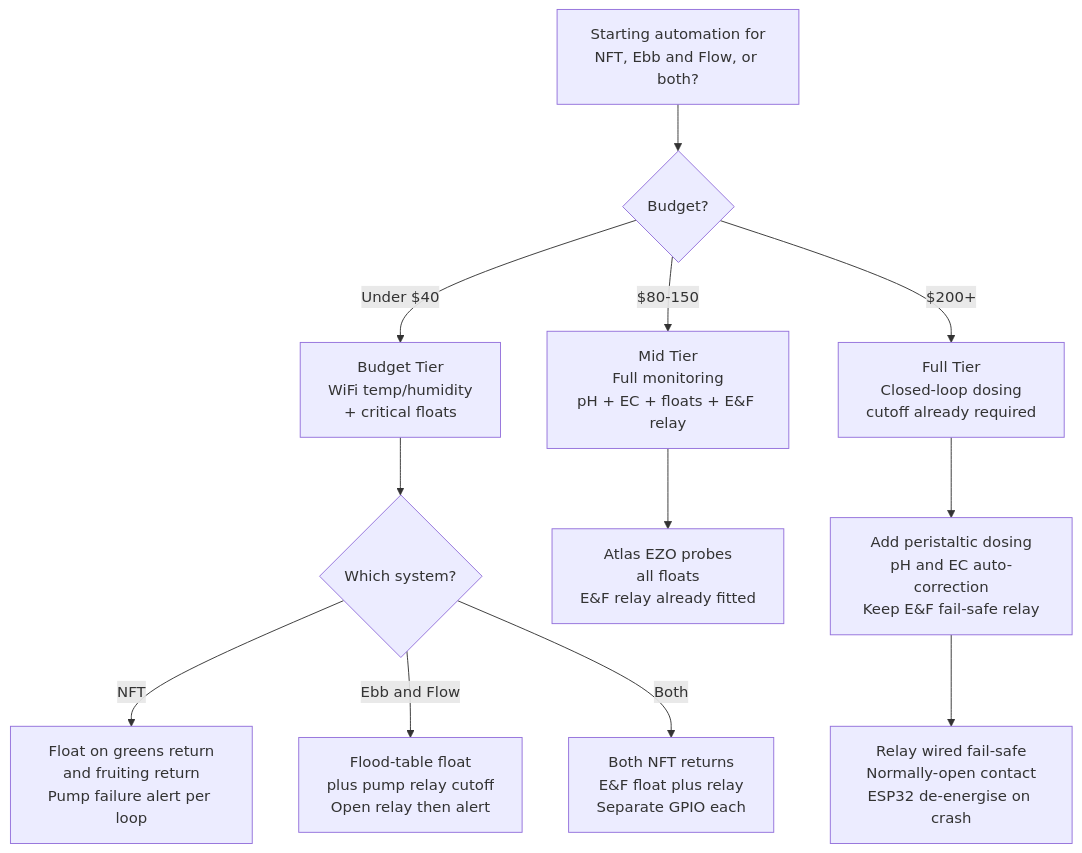
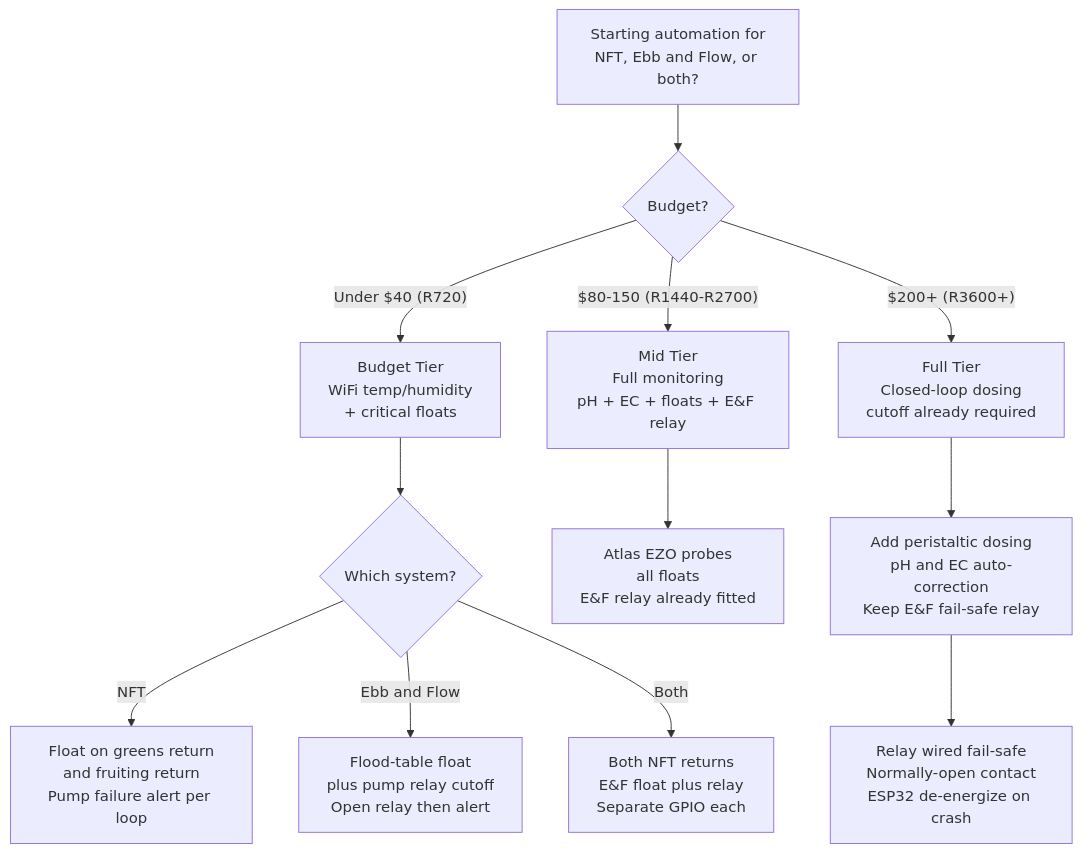
Before and after one commit to UncleJS/guide_hydroponics: the third of 3 diagrams in guide/compare/03-automation.md, drawn with Mermaid. The commit also changed other lines of this file and 35 other files, not shown here.

````diff
--- a/guide/compare/03-automation.md
+++ b/guide/compare/03-automation.md
@@ -540,14 +551,14 @@
 ```mermaid
 graph TD
   A[Starting automation for<br/>NFT, Ebb and Flow, or both?] --> B{Budget?}
-  B -->|Under $40| C[Budget Tier<br/>WiFi temp/humidity<br/>+ critical floats]
-  B -->|$80-150| D[Mid Tier<br/>Full monitoring<br/>pH + EC + floats + E&F relay]
-  B -->|$200+| E[Full Tier<br/>Closed-loop dosing<br/>cutoff already required]
+  B -->|"Under $40 (R720)"| C[Budget Tier<br/>WiFi temp/humidity<br/>+ critical floats]
+  B -->|"$80-150 (R1440-R2700)"| D[Mid Tier<br/>Full monitoring<br/>pH + EC + floats + E&F relay]
+  B -->|"$200+ (R3600+)"| E[Full Tier<br/>Closed-loop dosing<br/>cutoff already required]
   C --> F{Which system?}
   F -->|NFT| G[Float on greens return<br/>and fruiting return<br/>Pump failure alert per loop]
   F -->|Ebb and Flow| H[Flood-table float<br/>plus pump relay cutoff<br/>Open relay then alert]
   F -->|Both| I[Both NFT returns<br/>E&F float plus relay<br/>Separate GPIO each]
   D --> J[Atlas EZO probes<br/>all floats<br/>E&F relay already fitted]
   E --> K[Add peristaltic dosing<br/>pH and EC auto-correction<br/>Keep E&F fail-safe relay]
-  K --> M[Relay wired fail-safe<br/>Normally-open contact<br/>ESP32 de-energise on crash]
+  K --> M[Relay wired fail-safe<br/>Normally-open contact<br/>ESP32 de-energize on crash]
 ```
````
